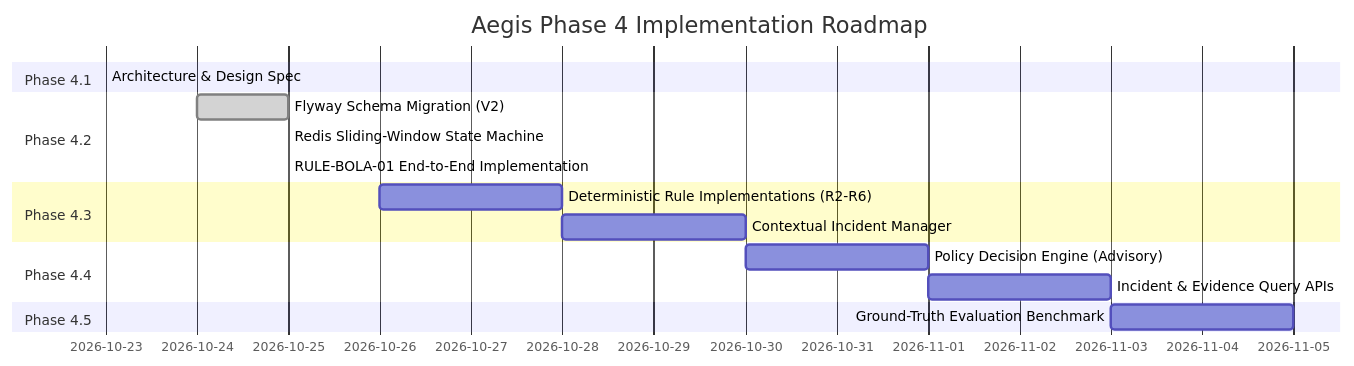
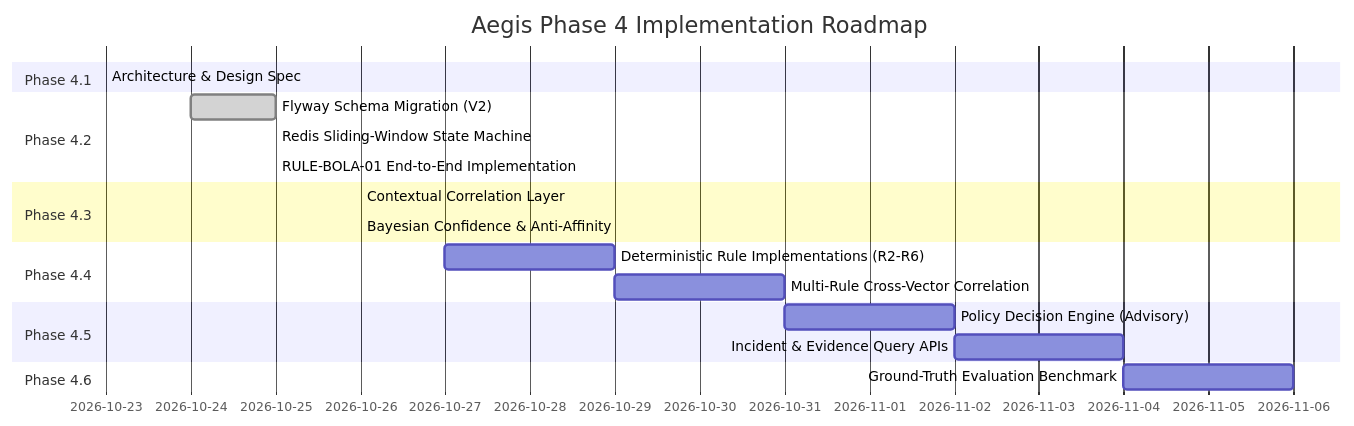
One commit to NIKHILGONUGUNTA-STACK/shieldops changed the sixth of 6 diagrams in docs/phase-4-detection-architecture.md. Above: the diagram before and after it, drawn with Mermaid. The commit also changed other lines of this file and 17 other files, not shown here.

Commit message:
feat(detection): add contextual BOLA campaign correlation

````diff
--- a/docs/phase-4-detection-architecture.md
+++ b/docs/phase-4-detection-architecture.md
@@ -501,19 +501,22 @@
 ```mermaid
 gantt
     title Aegis Phase 4 Implementation Roadmap
     dateFormat  YYYY-MM-DD
     section Phase 4.1
     Architecture & Design Spec              :done, 2026-10-23, 2026-10-23
     section Phase 4.2
     Flyway Schema Migration (V2)             :done, 2026-10-24, 2026-10-25
     Redis Sliding-Window State Machine      :done, 2026-10-25, 2026-10-25
     RULE-BOLA-01 End-to-End Implementation   :done, 2026-10-25, 2026-10-25
     section Phase 4.3
-    Deterministic Rule Implementations (R2-R6):2026-10-26, 2026-10-28
-    Contextual Incident Manager             :2026-10-28, 2026-10-30
+    Contextual Correlation Layer            :done, 2026-10-26, 2026-10-26
+    Bayesian Confidence & Anti-Affinity     :done, 2026-10-26, 2026-10-26
     section Phase 4.4
-    Policy Decision Engine (Advisory)       :2026-10-30, 2026-11-01
-    Incident & Evidence Query APIs          :2026-11-01, 2026-11-03
+    Deterministic Rule Implementations (R2-R6):2026-10-27, 2026-10-29
+    Multi-Rule Cross-Vector Correlation     :2026-10-29, 2026-10-31
     section Phase 4.5
-    Ground-Truth Evaluation Benchmark       :2026-11-03, 2026-11-05
+    Policy Decision Engine (Advisory)       :2026-10-31, 2026-11-02
+    Incident & Evidence Query APIs          :2026-11-02, 2026-11-04
+    section Phase 4.6
+    Ground-Truth Evaluation Benchmark       :2026-11-04, 2026-11-06
 ```
````
